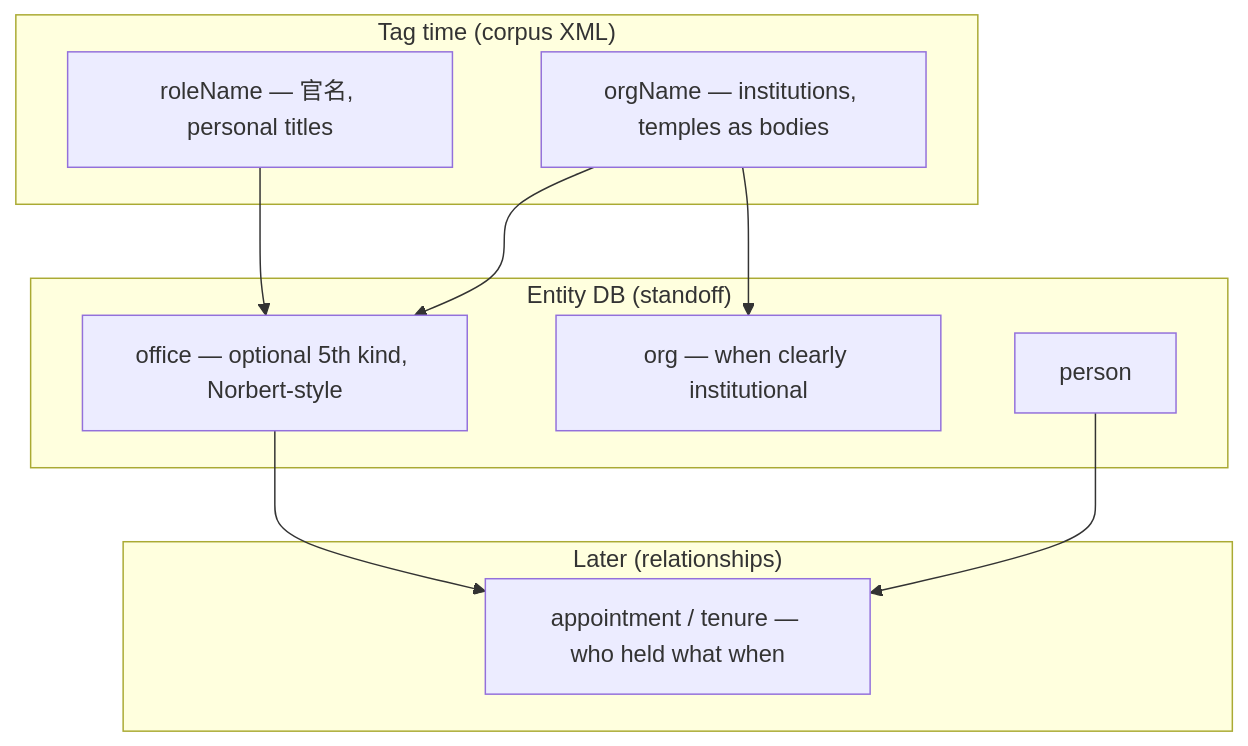
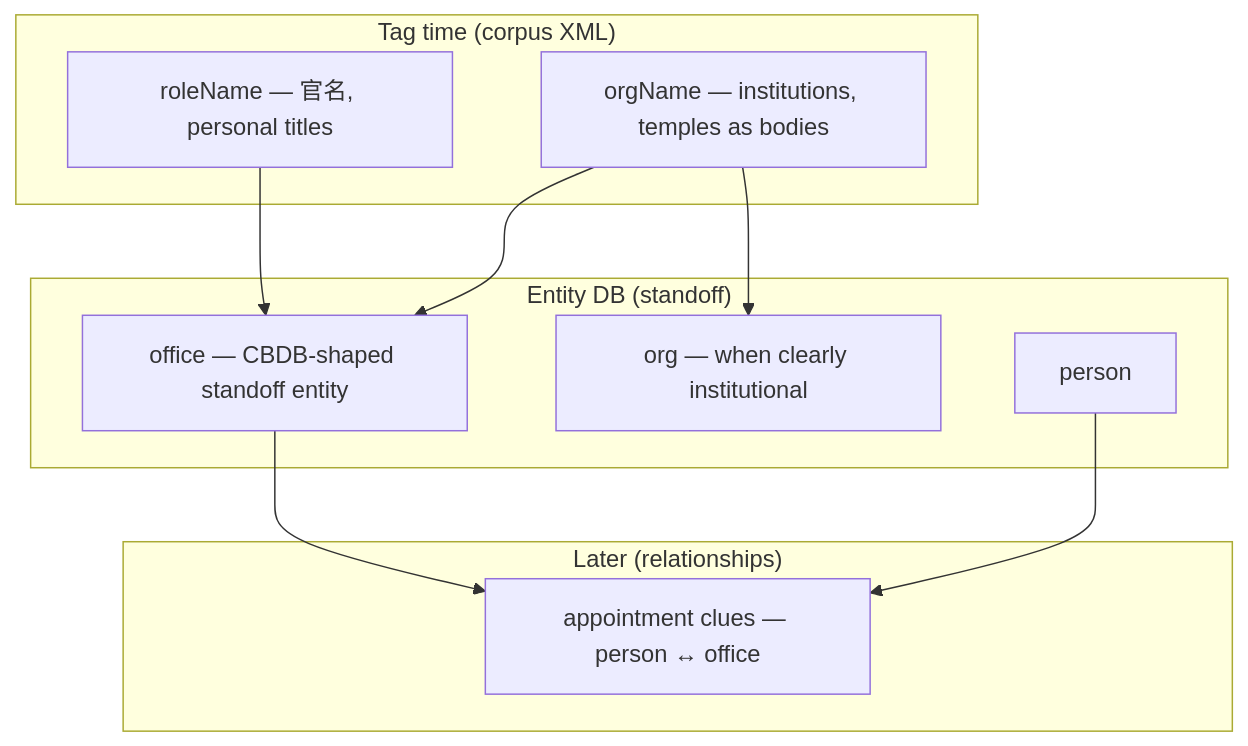
Before and after one commit to lejeanbaptiste/authoritypacks: the second of 2 diagrams in docs/phases.md, drawn with Mermaid. The commit also changed other lines of this file and 19 other files, not shown here.

````diff
--- a/docs/phases.md
+++ b/docs/phases.md
@@ -746,20 +748,20 @@
 ```mermaid
 flowchart TB
   subgraph tag ["Tag time (corpus XML)"]
     RN["roleName — 官名, personal titles"]
     ON["orgName — institutions, temples as bodies"]
   end
   subgraph entity ["Entity DB (standoff)"]
-    OFF["office — optional 5th kind, Norbert-style"]
+    OFF["office — CBDB-shaped standoff entity"]
     ORG["org — when clearly institutional"]
     PER["person"]
   end
   subgraph later ["Later (relationships)"]
-    APP["appointment / tenure — who held what when"]
+    APP["appointment clues — person ↔ office"]
   end
   RN --> OFF
   ON --> OFF
   ON --> ORG
   OFF --> APP
   PER --> APP
 ```
````
